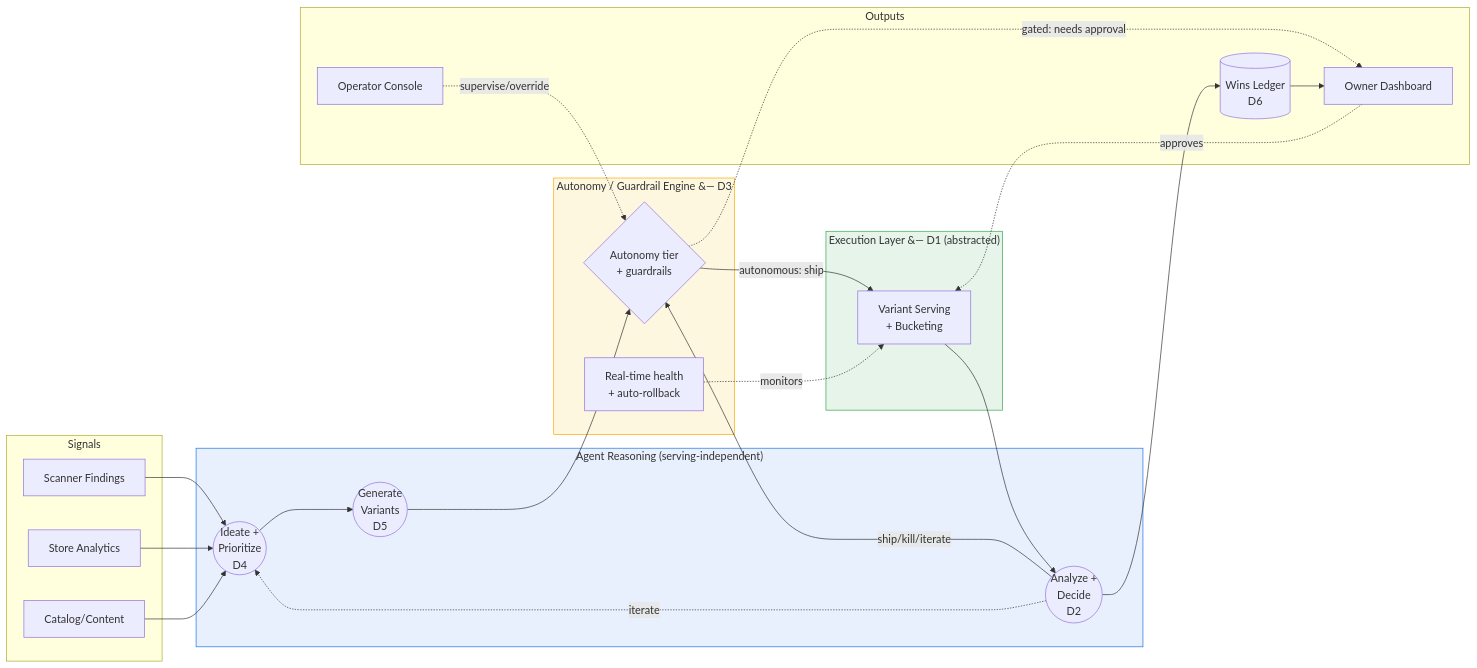
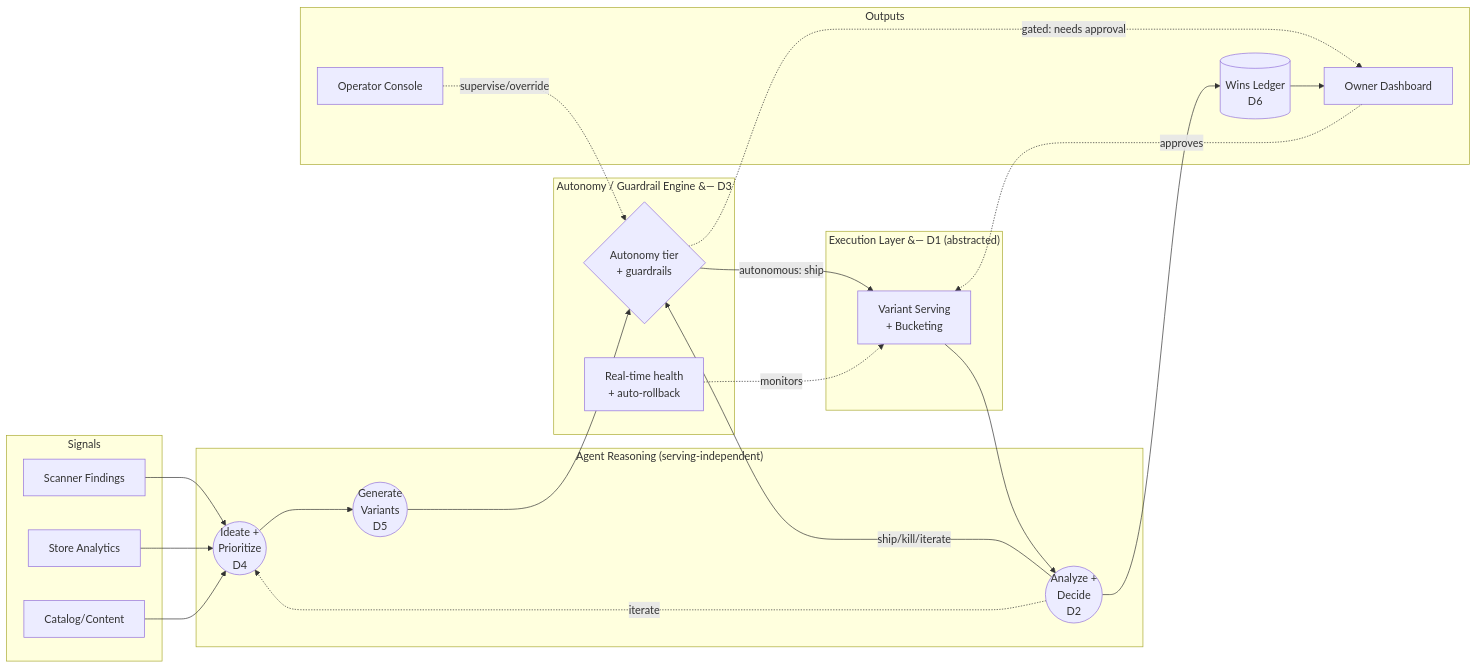
Before and after one commit to omars-lab/omars-lab.github.io: the fifth of 15 diagrams in bytesofpurpose-blog/designs/2026-06-22-self-healing-storefront.mdx, drawn with Mermaid. The commit also changed other lines of this file and 6 other files, not shown here.

First line of the commit message:
feat(designs): on-brand mermaid theme + dark-mode-adaptive diagrams

````diff
--- a/bytesofpurpose-blog/designs/2026-06-22-self-healing-storefront.mdx
+++ b/bytesofpurpose-blog/designs/2026-06-22-self-healing-storefront.mdx
@@ -420,44 +406,41 @@
 ```mermaid
 graph LR
     subgraph inputs["Signals"]
         S1[Scanner Findings]
         S2[Store Analytics]
         S3[Catalog/Content]
     end
 
     subgraph brain["Agent Reasoning (serving-independent)"]
         ID((Ideate +\nPrioritize\nD4))
         VG((Generate\nVariants\nD5))
         AN((Analyze +\nDecide\nD2))
     end
 
     subgraph control["Autonomy / Guardrail Engine &#8212; D3"]
         GATE{Autonomy tier\n+ guardrails}
         ROLL[Real-time health\n+ auto-rollback]
     end
 
     subgraph exec["Execution Layer &#8212; D1 (abstracted)"]
         SERVE[Variant Serving\n+ Bucketing]
     end
 
     subgraph out["Outputs"]
         LEDGER[(Wins Ledger\nD6)]
         OWNER[Owner Dashboard]
         OP[Operator Console]
     end
 
     S1 & S2 & S3 --> ID --> VG --> GATE
     GATE -->|autonomous: ship| SERVE
     GATE -.->|gated: needs approval| OWNER
     OWNER -.->|approves| SERVE
     OP -.->|supervise/override| GATE
     SERVE --> AN
     ROLL -. monitors .-> SERVE
     AN -->|ship/kill/iterate| GATE
     AN --> LEDGER --> OWNER
     AN -.->|iterate| ID
 
-    style brain fill:#e8f0fe,stroke:#1a73e8
-    style control fill:#fef7e0,stroke:#f9ab00
-    style exec fill:#e6f4ea,stroke:#34a853
 ```
````
